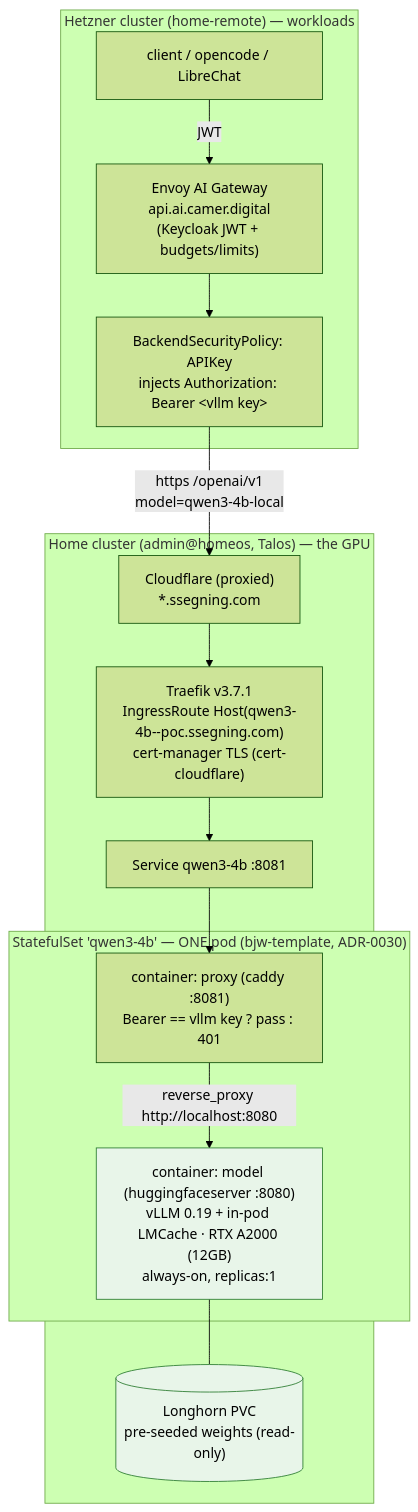
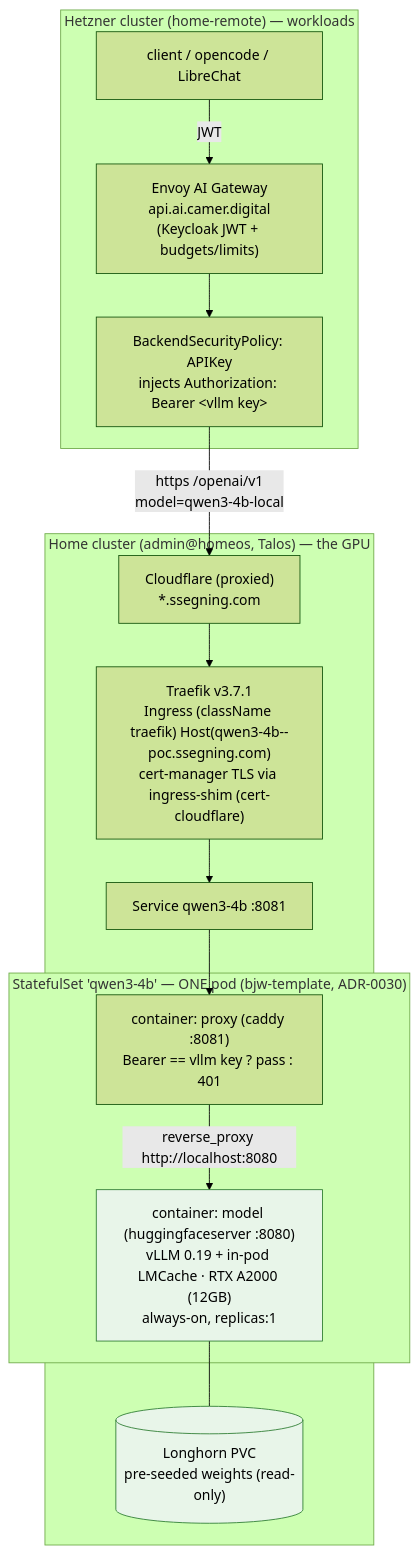
Before and after one commit to ADORSYS-GIS/ai-helm: the diagram in docs/self-hosted-model-serving.md, drawn with Mermaid (forest theme). The commit also changed other lines of this file and 7 other files, not shown here.

````diff
--- a/docs/self-hosted-model-serving.md
+++ b/docs/self-hosted-model-serving.md
@@ -469,28 +472,28 @@
 ```mermaid
 flowchart TB
   subgraph hetzner["Hetzner cluster (home-remote) — workloads"]
     client["client / opencode / LibreChat"]
     eg["Envoy AI Gateway<br/>api.ai.camer.digital<br/>(Keycloak JWT + budgets/limits)"]
     bsp["BackendSecurityPolicy: APIKey<br/>injects Authorization: Bearer &lt;vllm key&gt;"]
     client -->|"JWT"| eg --> bsp
   end
 
   cf["Cloudflare (proxied)<br/>*.ssegning.com"]
   bsp -->|"https /openai/v1<br/>model=qwen3-4b-local"| cf
 
   subgraph home["Home cluster (admin@homeos, Talos) — the GPU"]
-    tr["Traefik v3.7.1<br/>IngressRoute Host(qwen3-4b--poc.ssegning.com)<br/>cert-manager TLS (cert-cloudflare)"]
+    tr["Traefik v3.7.1<br/>Ingress (className traefik) Host(qwen3-4b--poc.ssegning.com)<br/>cert-manager TLS via ingress-shim (cert-cloudflare)"]
     svc["Service qwen3-4b :8081"]
     subgraph sts["StatefulSet 'qwen3-4b' — ONE pod (bjw-template, ADR-0030)"]
       proxy["container: proxy (caddy :8081)<br/>Bearer == vllm key ? pass : 401"]
       model["container: model (huggingfaceserver :8080)<br/>vLLM 0.19 + in-pod LMCache · RTX A2000 (12GB)<br/>always-on, replicas:1"]
       proxy -->|"reverse_proxy http://localhost:8080"| model
     end
     pvc[("Longhorn PVC<br/>pre-seeded weights (read-only)")]
     cf --> tr --> svc --> proxy
     model --- pvc
   end
 
   classDef gpu fill:#e8f5e9,stroke:#2e7d32;
   class model,pvc gpu;
 ```
````
